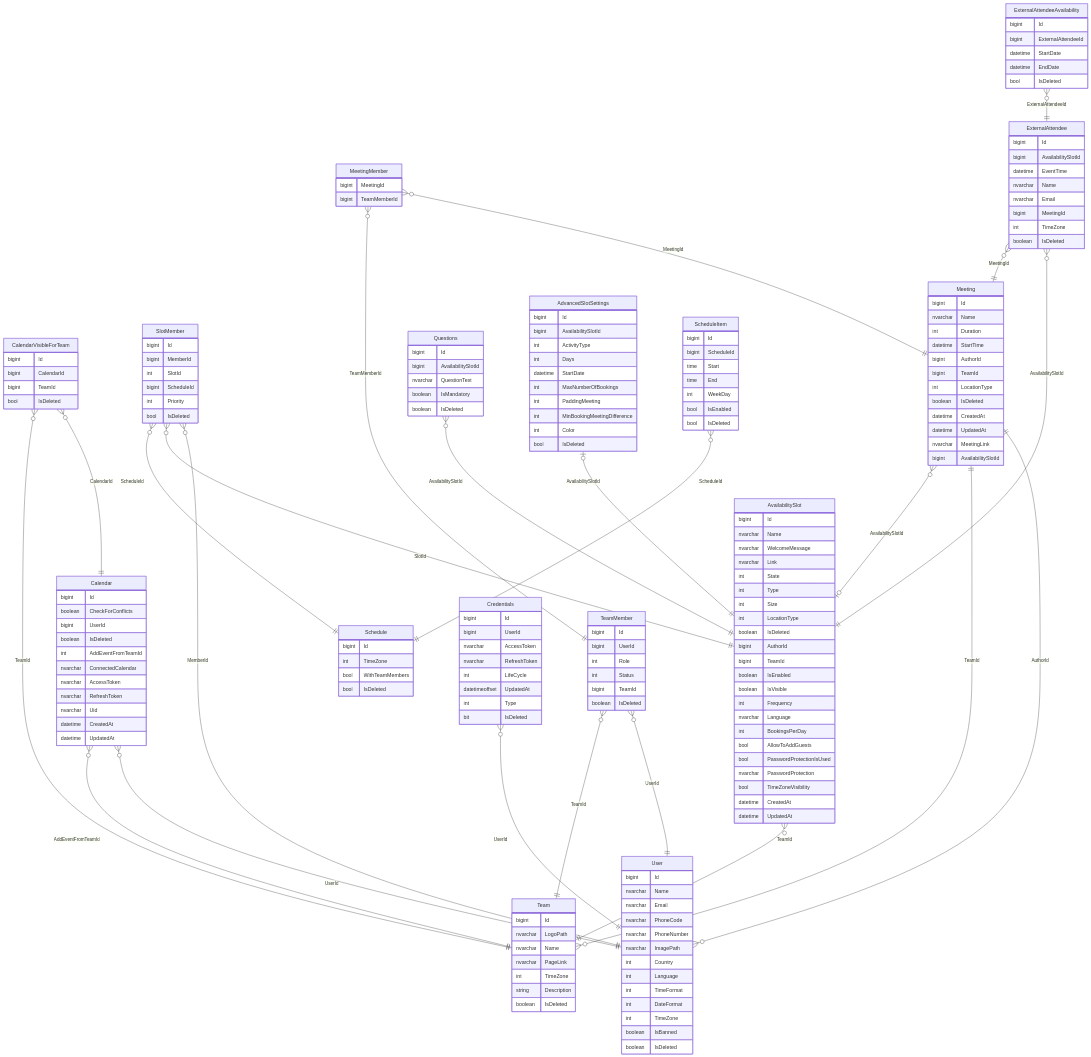
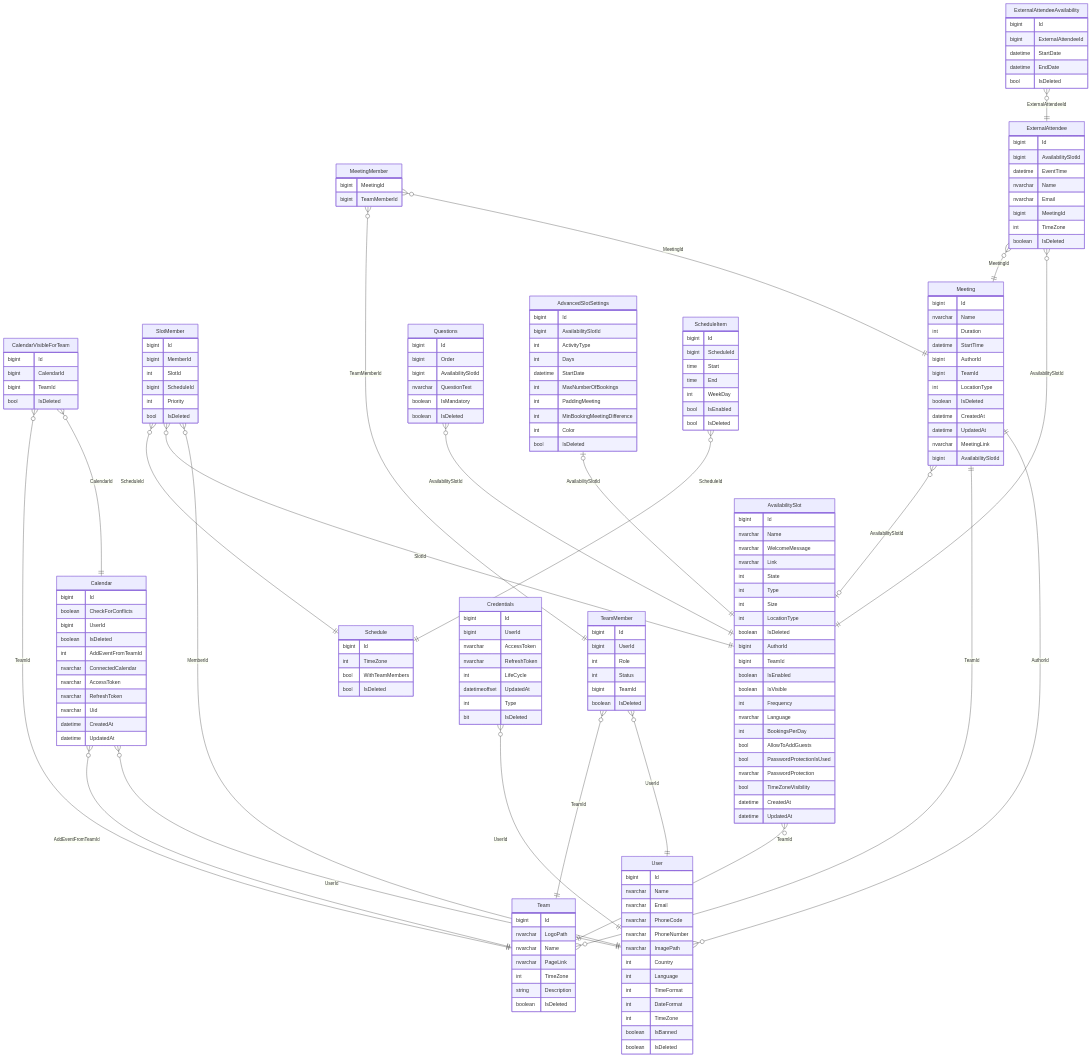
The diagram in README.md (BinaryStudioAcademy/bsa-2022-easymeets), drawn with Mermaid before and after one commit.

Commit message:
Questions table lacked Order in DB schema

```diff
--- a/README.md
+++ b/README.md
@@ -168,6 +168,7 @@
   Questions }o--|| AvailabilitySlot : AvailabilitySlotId
   Questions {
     bigint Id
+    bigint Order
     bigint AvailabilitySlotId
     nvarchar QuestionText
     boolean IsMandatory
```
